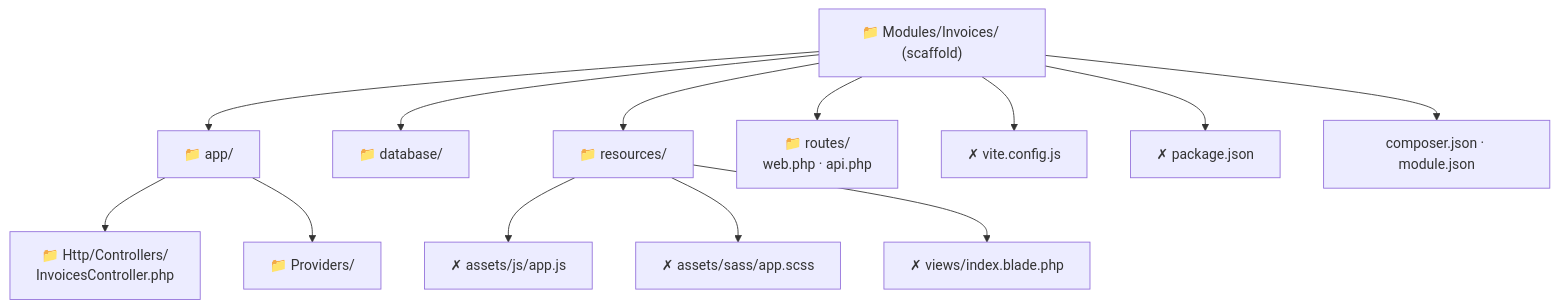
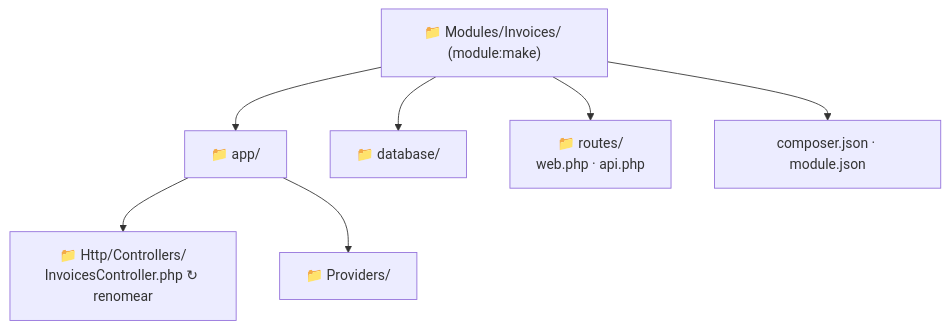
The third of 4 diagrams in MODULES.md (FerrazRezende/laravel-boilerplate), drawn with Mermaid before and after one commit. The commit also changed other lines of this file and 2 other files, not shown here.

````diff
--- a/MODULES.md
+++ b/MODULES.md
@@ -237,20 +238,13 @@
 ```mermaid
 flowchart TD
-    ROOT["📁 Modules/Invoices/ (scaffold)"]
+    ROOT["📁 Modules/Invoices/ (module:make)"]
     ROOT --> APP["📁 app/"]
     ROOT --> DB["📁 database/"]
-    ROOT --> RES["📁 resources/"]
     ROOT --> ROUTES["📁 routes/
 web.php · api.php"]
-    ROOT --> VITE["✗ vite.config.js"]
-    ROOT --> PKG["✗ package.json"]
     ROOT --> META["composer.json · module.json"]
 
     APP --> CTRL["📁 Http/Controllers/
-InvoicesController.php"]
+InvoicesController.php ↻ renomear"]
     APP --> PROV["📁 Providers/"]
-
-    RES --> JS["✗ assets/js/app.js"]
-    RES --> SASS["✗ assets/sass/app.scss"]
-    RES --> VIEWS["✗ views/index.blade.php"]
 ```
````
